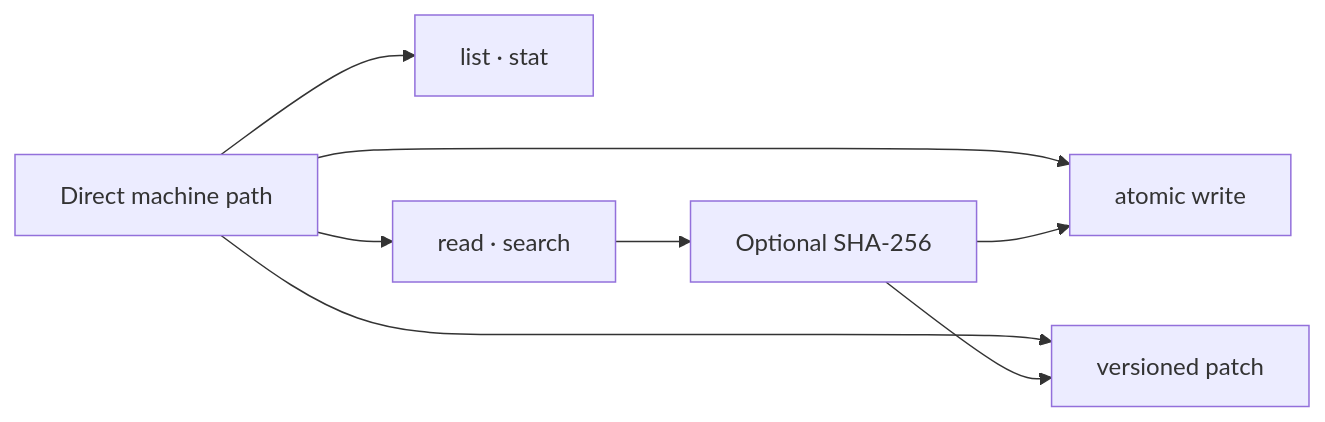
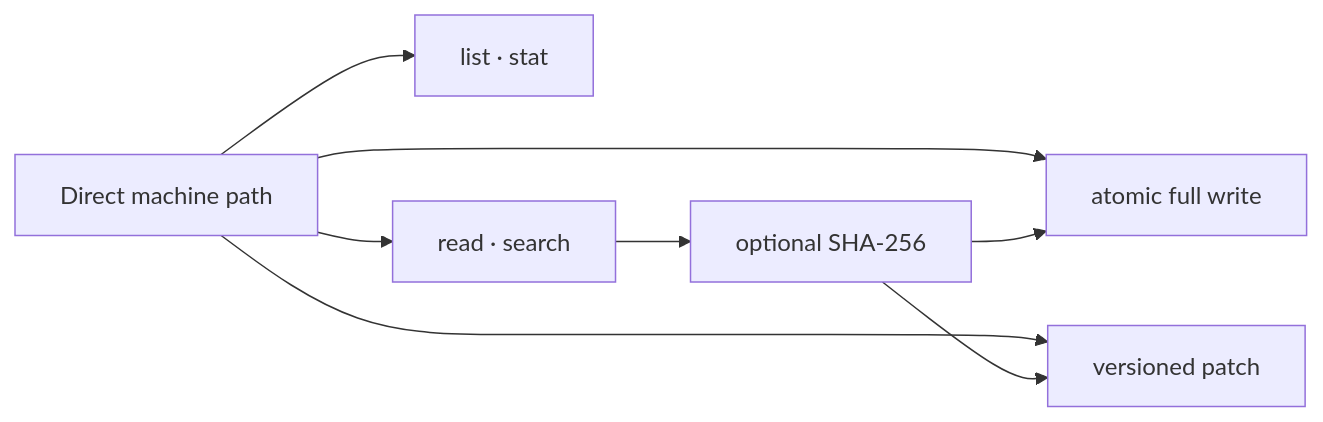
One commit to hicancan/local-runtime-mcp changed the fourth of 7 diagrams in README.md. Above: the diagram before and after it, drawn with Mermaid. The commit also changed other lines of this file and 21 other files, not shown here.

````diff
--- a/README.md
+++ b/README.md
@@ -122,10 +168,10 @@
 ```mermaid
 flowchart LR
-    PATH[Direct machine path] --> META[list · stat]
-    PATH --> READ[read · search]
-    PATH --> WRITE[atomic write]
+    PATH[Direct machine path] --> DISCOVER[list · stat]
+    PATH --> OBSERVE[read · search]
+    PATH --> WRITE[atomic full write]
     PATH --> PATCH[versioned patch]
-    READ --> SHA[Optional SHA-256]
-    SHA --> WRITE
-    SHA --> PATCH
+    OBSERVE --> HASH[optional SHA-256]
+    HASH --> WRITE
+    HASH --> PATCH
 ```
````
